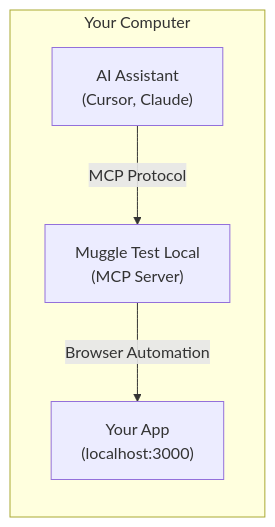
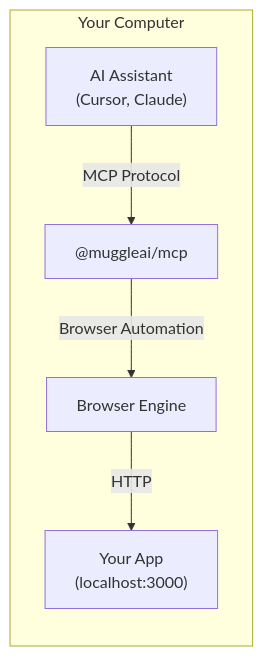
Before and after one commit to multiplex-ai/muggle-ai-docs: the first of 3 diagrams in local-testing/overview.md, drawn with Mermaid. The commit also changed other lines of this file and 9 other files, not shown here.

````diff
--- a/local-testing/overview.md
+++ b/local-testing/overview.md
@@ -20,11 +20,13 @@
 ```mermaid
 flowchart LR
     subgraph dev["Your Computer"]
         A["AI Assistant<br/>(Cursor, Claude)"]
-        B["Muggle Test Local<br/>(MCP Server)"]
-        C["Your App<br/>(localhost:3000)"]
+        B["@muggleai/mcp"]
+        C["Browser Engine"]
+        D["Your App<br/>(localhost:3000)"]
         
         A -->|"MCP Protocol"| B
         B -->|"Browser Automation"| C
+        C -->|"HTTP"| D
     end
 ```
````
